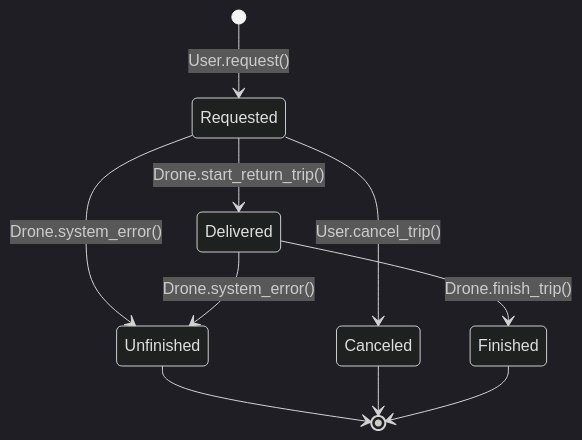
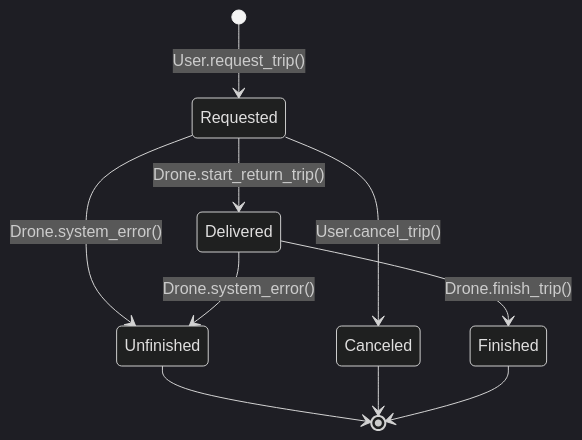
Before and after one commit to vector-sur/backend: the third of 3 diagrams in README.md, drawn with Mermaid (dark theme). The commit also changed 11 other files, not shown here.

````diff
--- a/README.md
+++ b/README.md
@@ -194,12 +194,12 @@
 ```mermaid
 stateDiagram-v2
-    [*] --> Requested : User.request()
+    [*] --> Requested : User.request_trip()
     Requested --> Unfinished : Drone.system_error()
     Delivered --> Finished: Drone.finish_trip()
     Requested --> Canceled: User.cancel_trip()
     Delivered --> Unfinished: Drone.system_error()
     Unfinished --> [*]
     Canceled --> [*]
     Requested --> Delivered: Drone.start_return_trip()
     Finished --> [*]
 ```
````
